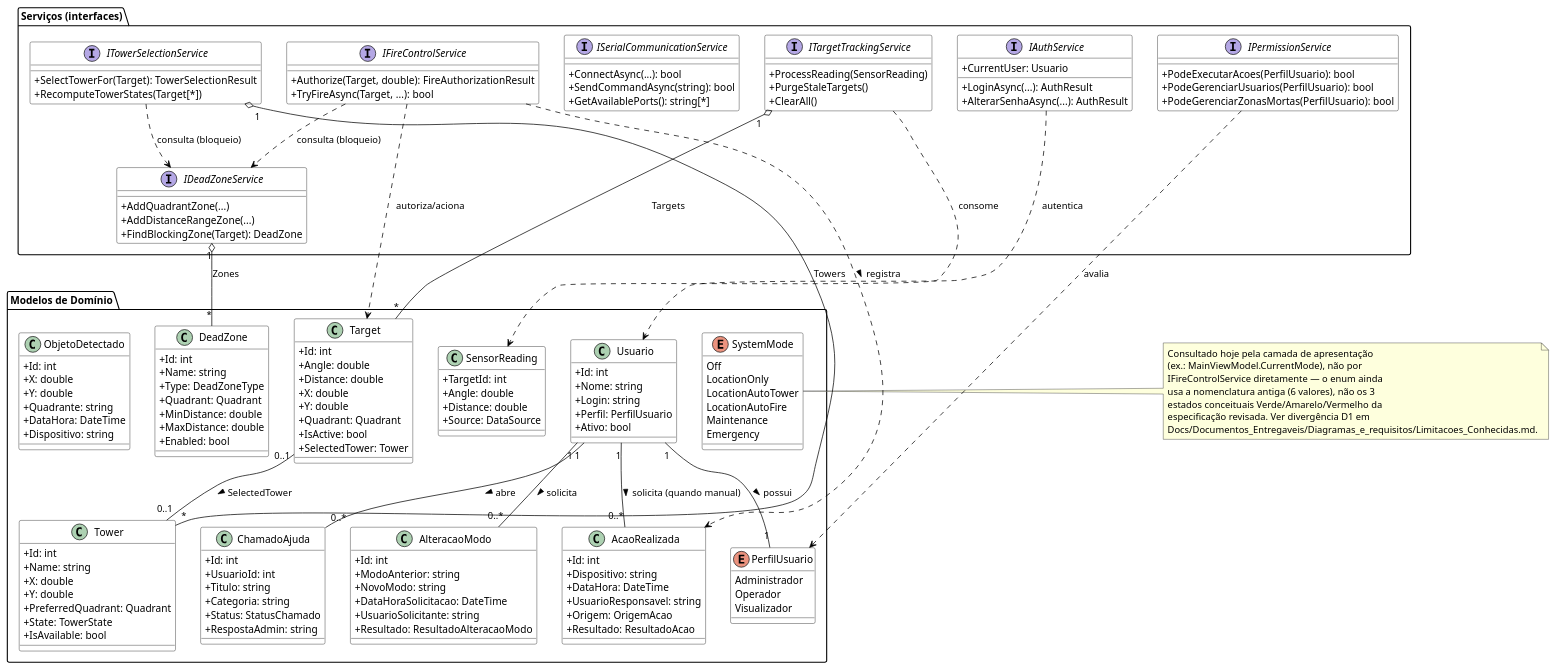
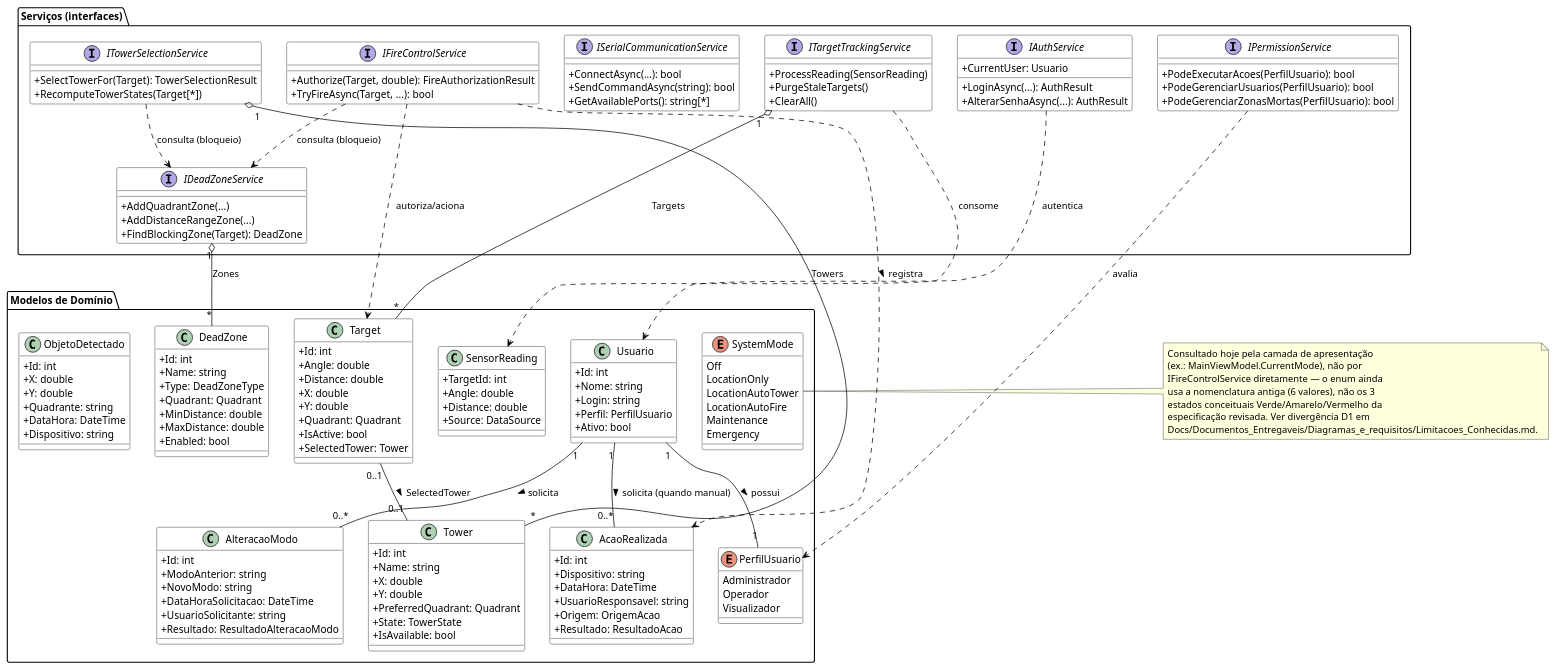
The diagram in Docs/Documentos_Entregaveis/Diagrama_de_Classes/Classes_RadarTorres.puml (Matheus-Emanoel-Souza/Sistema_Rastreamento_Alvos_Arduino), drawn with PlantUML before and after one commit. The commit also changed 6 other files, not shown here.

```diff
--- a/Docs/Documentos_Entregaveis/Diagrama_de_Classes/Classes_RadarTorres.puml
+++ b/Docs/Documentos_Entregaveis/Diagrama_de_Classes/Classes_RadarTorres.puml
@@ -1,192 +1,182 @@
 @startuml Classes_RadarTorres
 
 ' RadarTorres — Diagrama de Classes (acadêmico/conceitual)
 ' Não é exaustivo: prioriza as entidades de domínio e os serviços centrais necessários para
 ' compreender o sistema, conforme Docs/Documentos_Entregaveis/UML_RadarTorres.md, seção 5. Atributos e operações
 ' foram simplificados aos mais relevantes conceitualmente — a lista completa está no próprio
 ' código-fonte (src/RadarTorres.App/Models, .../Services) e em Docs/Tecnica/DOCUMENTACAO_TECNICA.md.
 ' Todas as classes/interfaces abaixo existem no código; nenhuma foi inventada para o diagrama.
 
 skinparam shadowing false
 skinparam classAttributeIconSize 0
 skinparam class {
   BackgroundColor White
   BorderColor Black
   ArrowColor Black
 }
 
 package "Modelos de Domínio" {
 
   enum SystemMode {
     Off
     LocationOnly
     LocationAutoTower
     LocationAutoFire
     Maintenance
     Emergency
   }
 
   enum PerfilUsuario {
     Administrador
     Operador
     Visualizador
   }
 
   class SensorReading {
     +TargetId: int
     +Angle: double
     +Distance: double
     +Source: DataSource
   }
 
   class Target {
     +Id: int
     +Angle: double
     +Distance: double
     +X: double
     +Y: double
     +Quadrant: Quadrant
     +IsActive: bool
     +SelectedTower: Tower
   }
 
   class Tower {
     +Id: int
     +Name: string
     +X: double
     +Y: double
     +PreferredQuadrant: Quadrant
     +State: TowerState
     +IsAvailable: bool
   }
 
   class DeadZone {
     +Id: int
     +Name: string
     +Type: DeadZoneType
     +Quadrant: Quadrant
     +MinDistance: double
     +MaxDistance: double
     +Enabled: bool
   }
 
   class Usuario {
     +Id: int
     +Nome: string
     +Login: string
     +Perfil: PerfilUsuario
     +Ativo: bool
   }
 
   class ObjetoDetectado {
     +Id: int
     +X: double
     +Y: double
     +Quadrante: string
     +DataHora: DateTime
     +Dispositivo: string
   }
 
   class AcaoRealizada {
     +Id: int
     +Dispositivo: string
     +DataHora: DateTime
     +UsuarioResponsavel: string
     +Origem: OrigemAcao
     +Resultado: ResultadoAcao
   }
 
   class AlteracaoModo {
     +Id: int
     +ModoAnterior: string
     +NovoModo: string
     +DataHoraSolicitacao: DateTime
     +UsuarioSolicitante: string
     +Resultado: ResultadoAlteracaoModo
   }
-
-  class ChamadoAjuda {
-    +Id: int
-    +UsuarioId: int
-    +Titulo: string
-    +Categoria: string
-    +Status: StatusChamado
-    +RespostaAdmin: string
-  }
 }
 
 package "Serviços (interfaces)" {
 
   interface ITargetTrackingService {
     +ProcessReading(SensorReading)
     +PurgeStaleTargets()
     +ClearAll()
   }
 
   interface ITowerSelectionService {
     +SelectTowerFor(Target): TowerSelectionResult
     +RecomputeTowerStates(Target[*])
   }
 
   interface IFireControlService {
     +Authorize(Target, double): FireAuthorizationResult
     +TryFireAsync(Target, ...): bool
   }
 
   interface IDeadZoneService {
     +AddQuadrantZone(...)
     +AddDistanceRangeZone(...)
     +FindBlockingZone(Target): DeadZone
   }
 
   interface ISerialCommunicationService {
     +ConnectAsync(...): bool
     +SendCommandAsync(string): bool
     +GetAvailablePorts(): string[*]
   }
 
   interface IAuthService {
     +CurrentUser: Usuario
     +LoginAsync(...): AuthResult
     +AlterarSenhaAsync(...): AuthResult
   }
 
   interface IPermissionService {
     +PodeExecutarAcoes(PerfilUsuario): bool
     +PodeGerenciarUsuarios(PerfilUsuario): bool
     +PodeGerenciarZonasMortas(PerfilUsuario): bool
   }
 }
 
 ' ---------------------------------------------------------------- Associações entre modelos
 Target "0..1" -- "0..1" Tower : SelectedTower >
 Usuario "1" -- "1" PerfilUsuario : possui >
 Usuario "1" -- "0..*" AcaoRealizada : solicita (quando manual) >
 Usuario "1" -- "0..*" AlteracaoModo : solicita >
-Usuario "1" -- "0..*" ChamadoAjuda : abre >
 
 ' ---------------------------------------------------------------- Serviço ↔ modelo que gerencia
 ITargetTrackingService "1" o-- "*" Target : Targets
 ITowerSelectionService "1" o-- "*" Tower : Towers
 IDeadZoneService "1" o-- "*" DeadZone : Zones
 
 ' ---------------------------------------------------------------- Dependências entre serviços
 ITargetTrackingService ..> SensorReading : consome
 ITowerSelectionService ..> IDeadZoneService : consulta (bloqueio)
 IFireControlService ..> IDeadZoneService : consulta (bloqueio)
 IFireControlService ..> Target : autoriza/aciona
 IFireControlService ..> AcaoRealizada : registra >
 IAuthService ..> Usuario : autentica
 IPermissionService ..> PerfilUsuario : avalia
 
 note right of SystemMode
   Consultado hoje pela camada de apresentação
   (ex.: MainViewModel.CurrentMode), não por
   IFireControlService diretamente — o enum ainda
   usa a nomenclatura antiga (6 valores), não os 3
   estados conceituais Verde/Amarelo/Vermelho da
   especificação revisada. Ver divergência D1 em
   Docs/Documentos_Entregaveis/Diagramas_e_requisitos/Limitacoes_Conhecidas.md.
 end note
 
 @enduml
```
